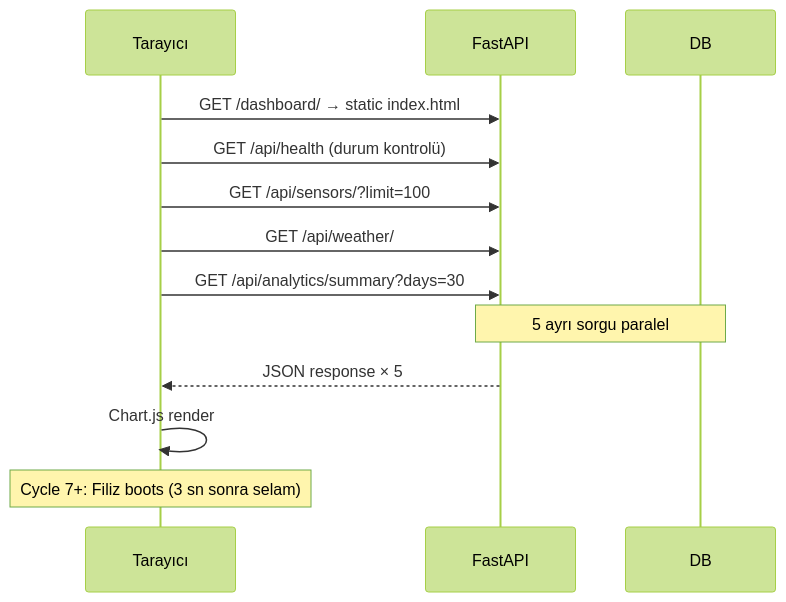
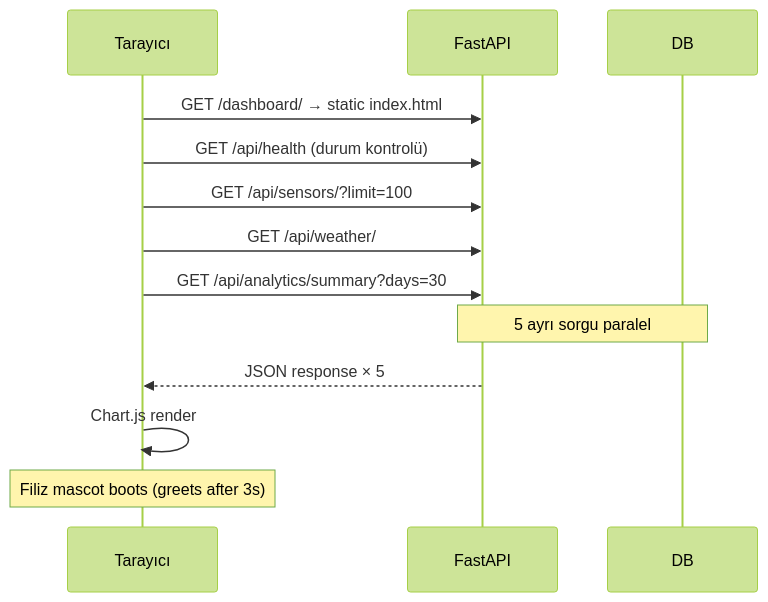
One commit to Ohualtex/Smart_Farming_Data_Analysis_Platform changed the third of 6 diagrams in docs/architecture.md. Above: the diagram before and after it, drawn with Mermaid (forest theme). The commit also changed other lines of this file and 74 other files, not shown here.

````diff
--- a/docs/architecture.md
+++ b/docs/architecture.md
@@ -147,16 +147,16 @@
 ```mermaid
 sequenceDiagram
     participant U as Tarayıcı
     participant API as FastAPI
     participant DB as DB
 
     U->>API: GET /dashboard/ → static index.html
     U->>API: GET /api/health (durum kontrolü)
     U->>API: GET /api/sensors/?limit=100
     U->>API: GET /api/weather/
     U->>API: GET /api/analytics/summary?days=30
     Note over API,DB: 5 ayrı sorgu paralel
     API-->>U: JSON response × 5
     U->>U: Chart.js render
-    Note over U: Cycle 7+: Filiz boots (3 sn sonra selam)
+    Note over U: Filiz mascot boots (greets after 3s)
 ```
````
